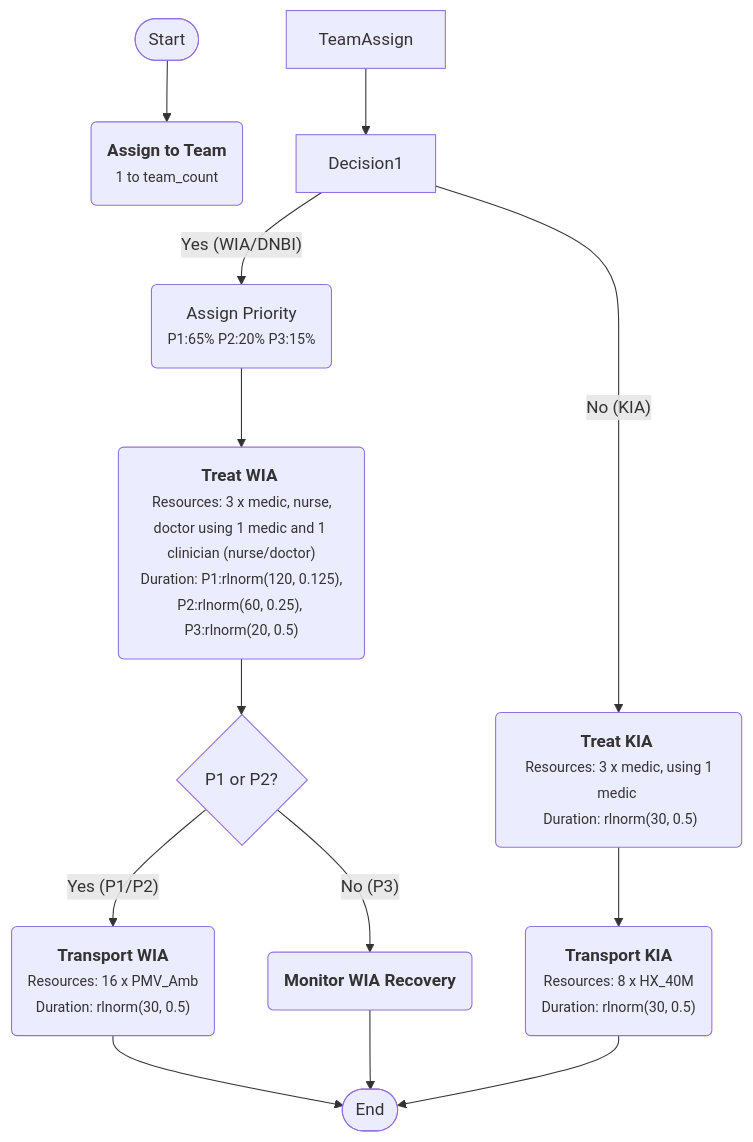
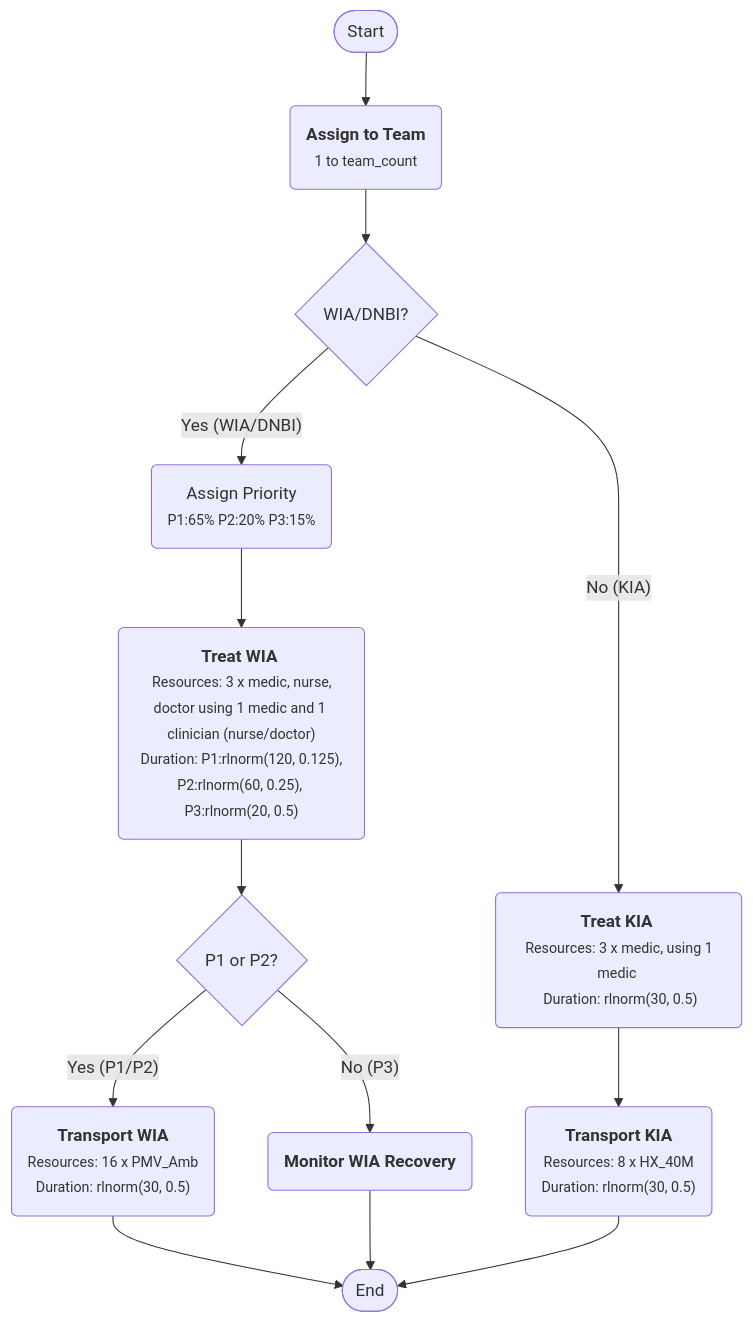
The diagram in README.md (natosys/Battlefield-Casualty-Handling), drawn with Mermaid before and after one commit.

Commit message:
amended workflow diagram

````diff
--- a/README.md
+++ b/README.md
@@ -81,15 +81,17 @@
 ```mermaid
 flowchart TD
-    Start(["Start"]) --> TeamAssgn("<b>Assign to Team</b> <br> <small>1 to team_count</small>")
-    TeamAssign --> Decision1 -- Yes (WIA/DNBI) --> PriorityAssign("Assign Priority <br> <small> P1:65% P2:20% P3:15%</small>")
+    Start(["Start"]) --> TeamAssign("<b>Assign to Team</b> <br> <small>1 to team_count</small>")
+    TeamAssign --> WIACheck{WIA/DNBI?}
+    WIACheck -- Yes (WIA/DNBI) --> PriorityAssign("Assign Priority <br> <small> P1:65% P2:20% P3:15%</small>")
     PriorityAssign --> TreatWIA("<b>Treat WIA</b> <br> <small>Resources: 3 x medic, nurse, doctor using 1 medic and 1 clinician (nurse/doctor)<br> Duration: P1:rlnorm(120, 0.125), P2:rlnorm(60, 0.25), P3:rlnorm(20, 0.5)</small>")
     TreatWIA --> PriorityCheck{"P1 or P2?"}
     PriorityCheck -- Yes (P1/P2) --> TransportWIA("<b>Transport WIA</b> <br> <small>Resources: 16 x PMV_Amb <br> Duration: rlnorm(30, 0.5)</small>")
     PriorityCheck -- No (P3) --> MonitorWIA("<b>Monitor WIA Recovery</b?")
-    Decision1 -- No (KIA) --> TreatKIA("<b>Treat KIA</b> <br> <small>Resources: 3 x medic, using 1 medic <br> Duration: rlnorm(30, 0.5)</small>")
+    WIACheck -- No (KIA) --> TreatKIA("<b>Treat KIA</b> <br> <small>Resources: 3 x medic, using 1 medic <br> Duration: rlnorm(30, 0.5)</small>")
     TreatKIA --> TransportKIA("<b>Transport KIA</b> <br> <small>Resources: 8 x HX_40M <br> Duration: rlnorm(30, 0.5)</small>")
     TransportWIA --> End(["End"])
     MonitorWIA --> End
     TransportKIA --> End
 
+
 ```
````
